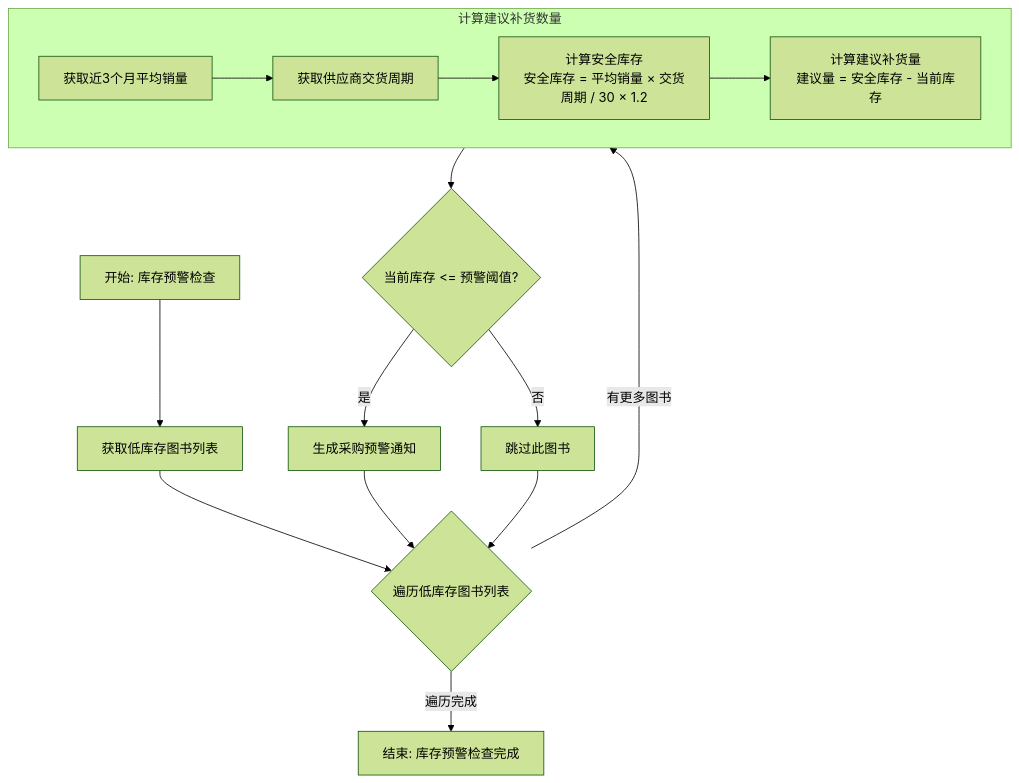
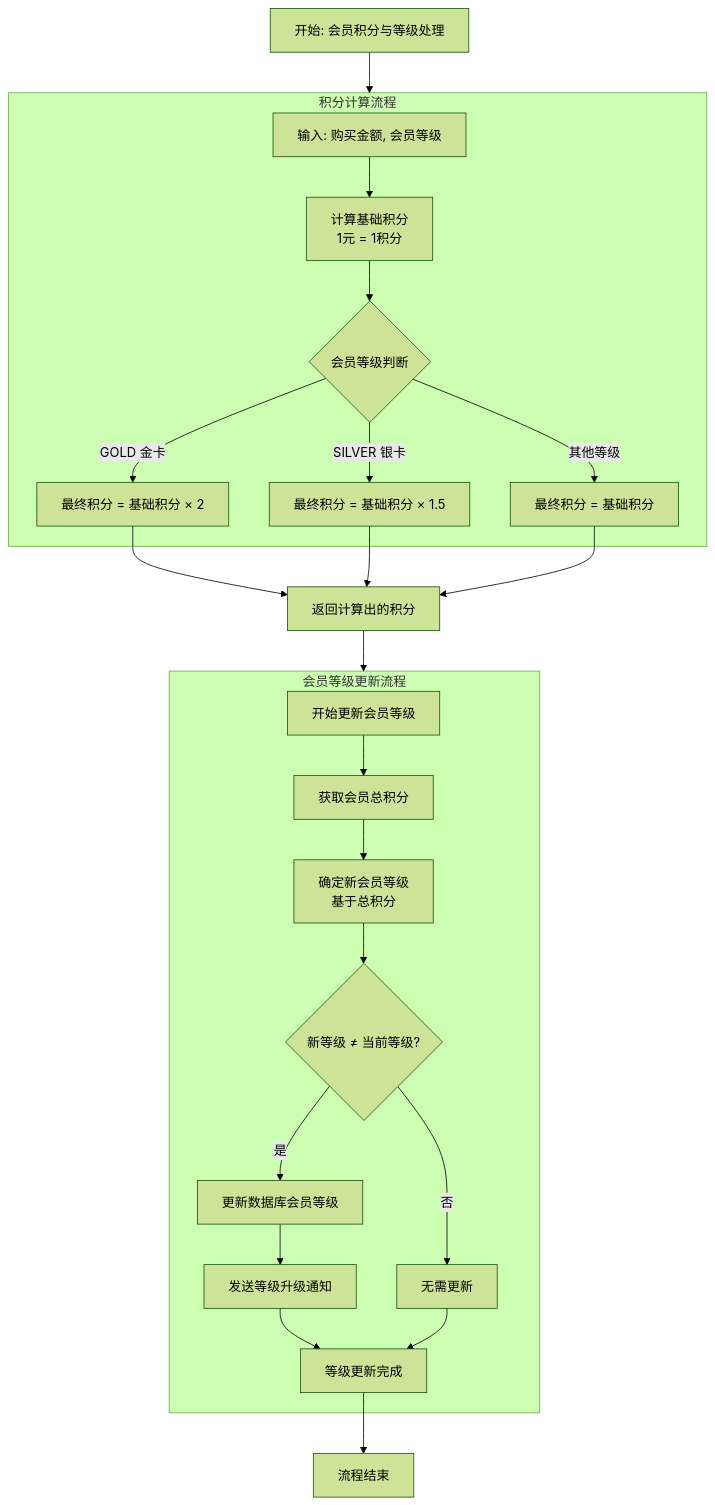
The diagram in all/未命名-4.md (HelloMe66/iodraw-files), drawn with Mermaid (forest theme) before and after one commit.

Commit message:
2025-12-05 14:32:00 update

````diff
--- a/all/未命名-4.md
+++ b/all/未命名-4.md
@@ -1,23 +1,34 @@
 ```mermaid
 flowchart TD
-    A[开始: 库存预警检查] --> B[获取低库存图书列表]
-    B --> C{遍历低库存图书列表}
+    A[开始: 会员积分与等级处理] --> B
     
-    C -- 有更多图书 --> D[计算建议补货数量]
-    
-    subgraph D [计算建议补货数量]
-        D1[获取近3个月平均销量] --> D2[获取供应商交货周期]
-        D2 --> D3[计算安全库存<br>安全库存 = 平均销量 × 交货周期 / 30 × 1.2]
-        D3 --> D4[计算建议补货量<br>建议量 = 安全库存 - 当前库存]
+    subgraph B [积分计算流程]
+        B1[输入: 购买金额, 会员等级] --> B2[计算基础积分<br>1元 = 1积分]
+        B2 --> B3{会员等级判断}
+        
+        B3 -->|GOLD 金卡| B4[最终积分 = 基础积分 × 2]
+        B3 -->|SILVER 银卡| B5[最终积分 = 基础积分 × 1.5]
+        B3 -->|其他等级| B6[最终积分 = 基础积分]
     end
     
-    D --> E{当前库存 <= 预警阈值?}
+    B4 --> C
+    B5 --> C
+    B6 --> C
     
-    E -- 是 --> F[生成采购预警通知]
-    E -- 否 --> G[跳过此图书]
+    C[返回计算出的积分] --> D
     
-    F --> C
-    G --> C
+    subgraph D [会员等级更新流程]
+        D1[开始更新会员等级] --> D2[获取会员总积分]
+        D2 --> D3[确定新会员等级<br>基于总积分]
+        D3 --> D4{新等级 ≠ 当前等级?}
+        
+        D4 -->|是| D5[更新数据库会员等级]
+        D5 --> D6[发送等级升级通知]
+        D6 --> D7[等级更新完成]
+        
+        D4 -->|否| D8[无需更新]
+        D8 --> D7
+    end
     
-    C -- 遍历完成 --> H[结束: 库存预警检查完成]
+    D7 --> E[流程结束]
 ```
````
